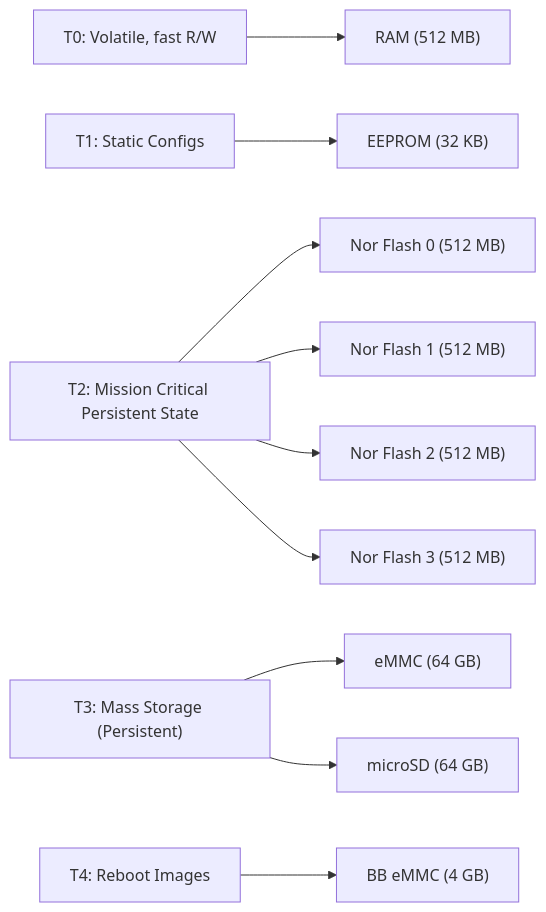
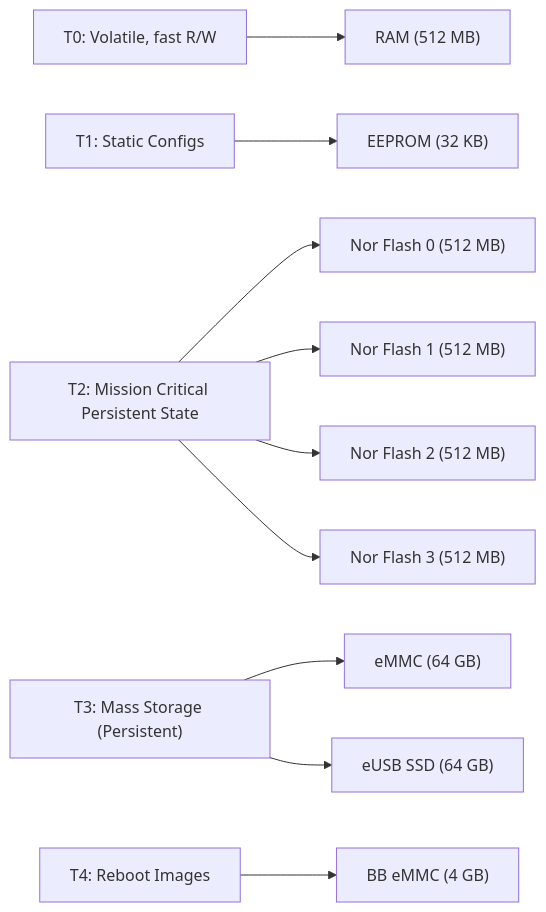
The first of 3 diagrams in docs/Core/FlightComputerMemory.md (UWCubeSat/hs2-software-design), drawn with Mermaid before and after one commit. The commit also changed other lines of this file, not shown here.

````diff
--- a/docs/Core/FlightComputerMemory.md
+++ b/docs/Core/FlightComputerMemory.md
@@ -15,12 +15,12 @@
 ```mermaid
 graph LR
     T0["T0: Volatile, fast R/W"] --> RAM["RAM (512 MB)"]
     T1["T1: Static Configs"] --> EEPROM["EEPROM (32 KB)"]
     T2["T2: Mission Critical Persistent State"] --> NOR0["Nor Flash 0 (512 MB)"]
     T2 --> NOR1["Nor Flash 1 (512 MB)"]
     T2 --> NOR2["Nor Flash 2 (512 MB)"]
     T2 --> NOR3["Nor Flash 3 (512 MB)"]
     T3["T3: Mass Storage (Persistent)"] --> eMMC["eMMC (64 GB)"]
-    T3 --> microSD["microSD (64 GB)"]
+    T3 --> SSD["eUSB SSD (64 GB)"]
     T4["T4: Reboot Images"] --> BB_eMMC["BB eMMC (4 GB)"]
 ```
````
